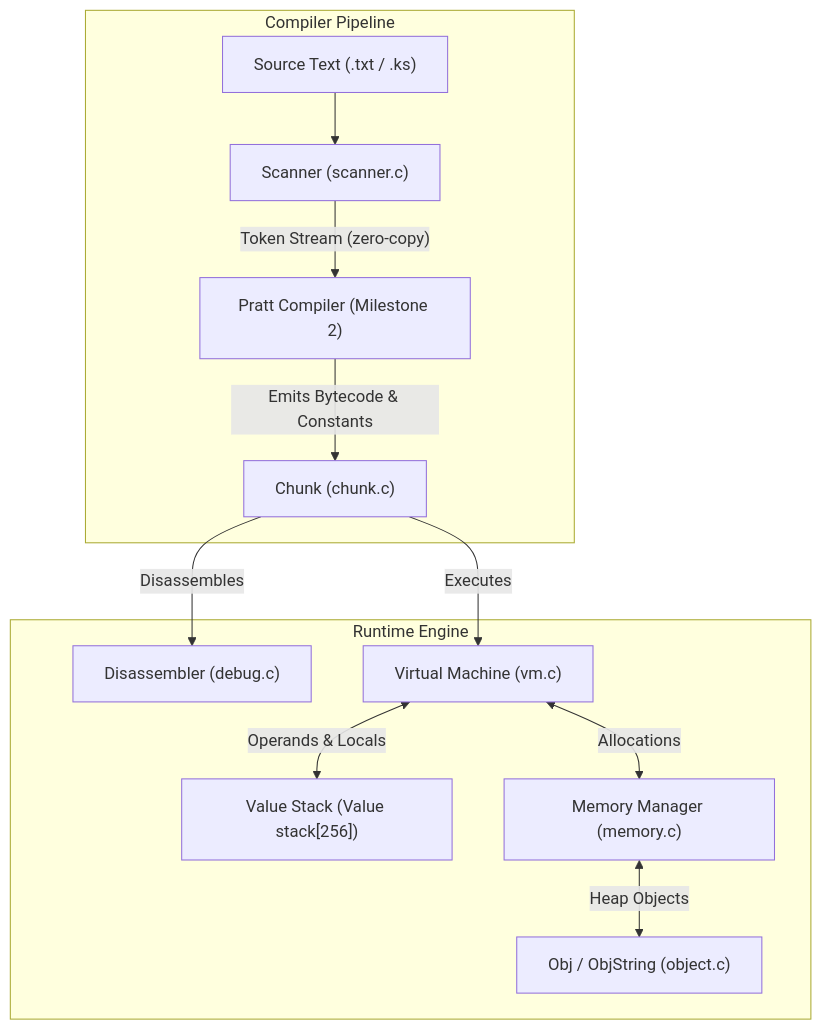
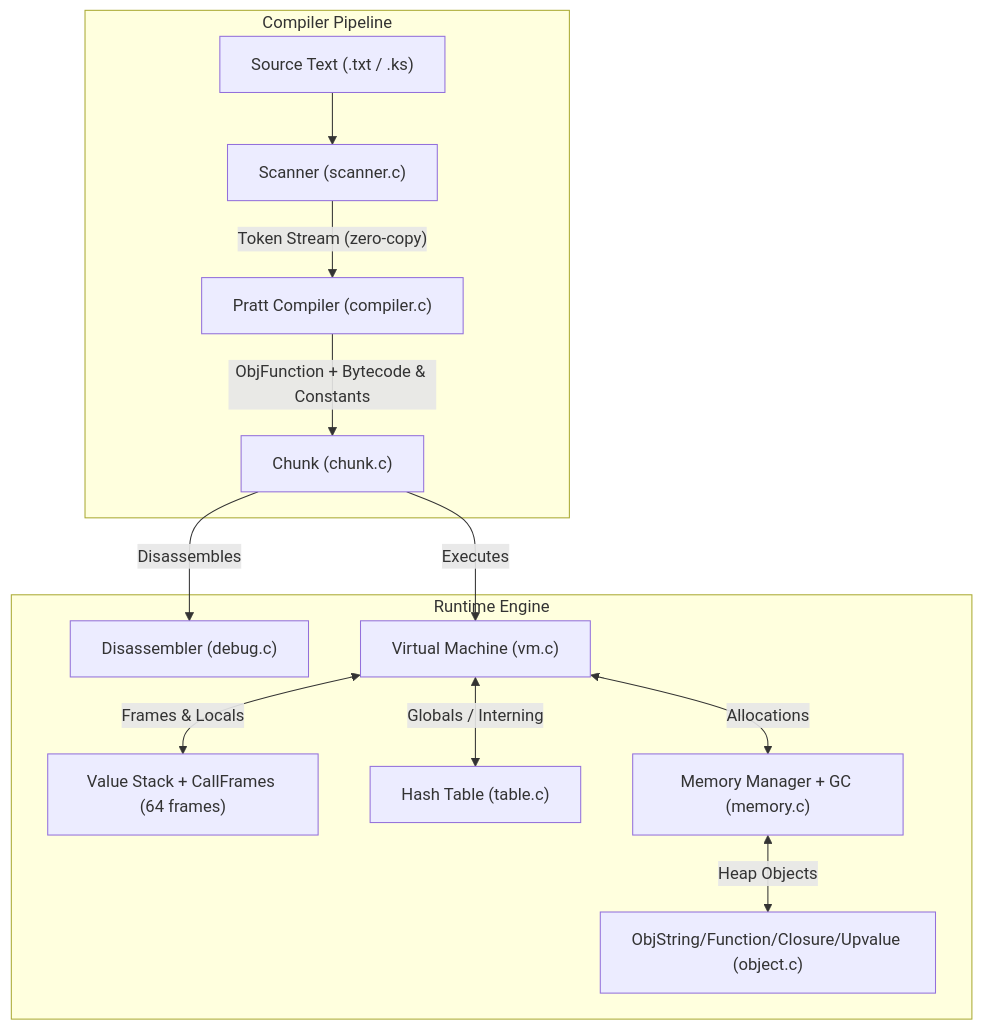
The diagram in docs/architecture.md (aritraio/Kestrel), drawn with Mermaid before and after one commit. The commit also changed other lines of this file and 27 other files, not shown here.

Commit message:
feat: implement REPL, hash table-based string interning, and mark-and-sweep garbage collection

````diff
--- a/docs/architecture.md
+++ b/docs/architecture.md
@@ -11,16 +11,17 @@
 ```mermaid
 flowchart TD
     subgraph Frontend [Compiler Pipeline]
         Source["Source Text (.txt / .ks)"] --> Scanner["Scanner (scanner.c)"]
-        Scanner -->|"Token Stream (zero-copy)"| Compiler["Pratt Compiler (Milestone 2)"]
-        Compiler -->|"Emits Bytecode & Constants"| Chunk["Chunk (chunk.c)"]
+        Scanner -->|"Token Stream (zero-copy)"| Compiler["Pratt Compiler (compiler.c)"]
+        Compiler -->|"ObjFunction + Bytecode & Constants"| Chunk["Chunk (chunk.c)"]
     end
 
     subgraph Backend [Runtime Engine]
         Chunk -->|"Disassembles"| Disassembler["Disassembler (debug.c)"]
         Chunk -->|"Executes"| VM["Virtual Machine (vm.c)"]
-        VM <-->|"Operands & Locals"| Stack["Value Stack (Value stack[256])"]
-        VM <-->|"Allocations"| Memory["Memory Manager (memory.c)"]
-        Memory <-->|"Heap Objects"| Objects["Obj / ObjString (object.c)"]
+        VM <-->|"Frames & Locals"| Stack["Value Stack + CallFrames (64 frames)"]
+        VM <-->|"Globals / Interning"| Table["Hash Table (table.c)"]
+        VM <-->|"Allocations"| Memory["Memory Manager + GC (memory.c)"]
+        Memory <-->|"Heap Objects"| Objects["ObjString/Function/Closure/Upvalue (object.c)"]
     end
 ```
````
